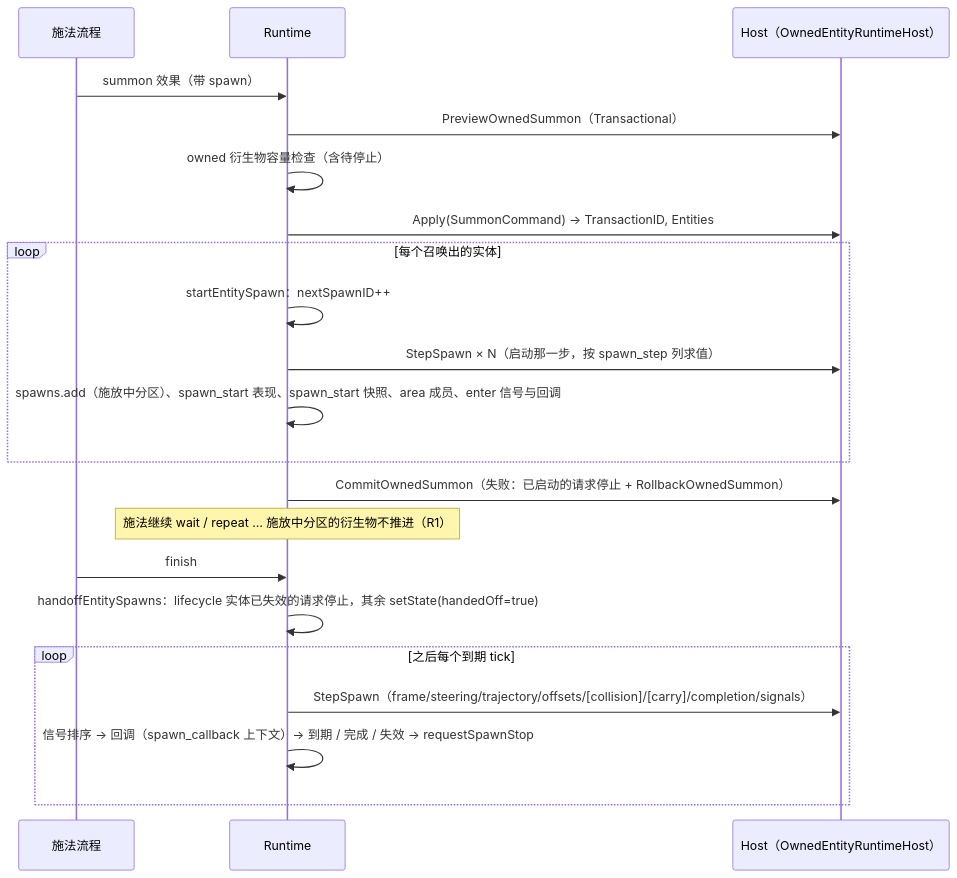
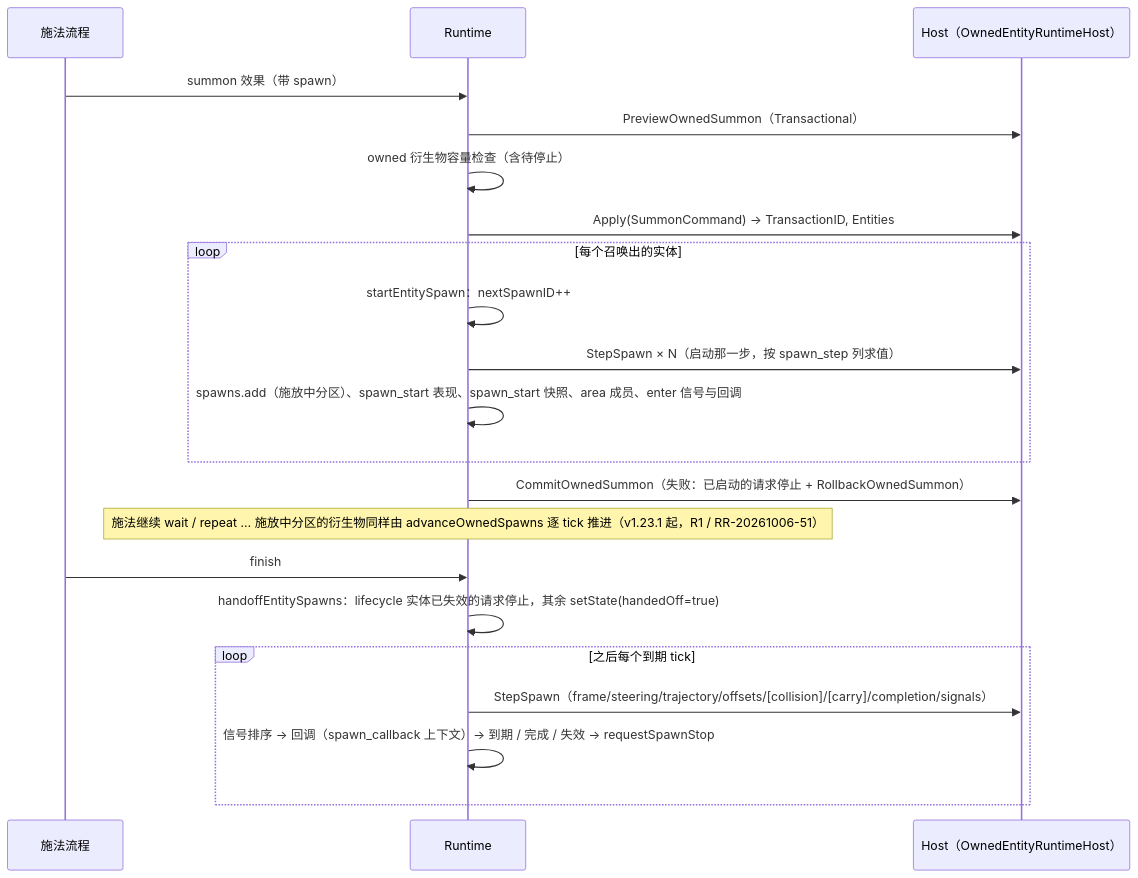
The fifth of 6 diagrams in docs/framework/impl/08-skill.md (tjbdwanghaibo/roost-core), drawn with Mermaid before and after one commit. The commit also changed other lines of this file and 36 other files, not shown here.

````diff
--- a/docs/framework/impl/08-skill.md
+++ b/docs/framework/impl/08-skill.md
@@ -301,23 +301,23 @@
 ```mermaid
 sequenceDiagram
   participant Cast as 施法流程
   participant R as Runtime
   participant H as Host（OwnedEntityRuntimeHost）
   Cast->>R: summon 效果（带 spawn）
   R->>H: PreviewOwnedSummon（Transactional）
   R->>R: owned 衍生物容量检查（含待停止）
   R->>H: Apply(SummonCommand) → TransactionID, Entities
   loop 每个召唤出的实体
     R->>R: startEntitySpawn：nextSpawnID++
     R->>H: StepSpawn × N（启动那一步，按 spawn_step 列求值）
     R->>R: spawns.add（施放中分区）、spawn_start 表现、spawn_start 快照、area 成员、enter 信号与回调
   end
   R->>H: CommitOwnedSummon（失败：已启动的请求停止 + RollbackOwnedSummon）
-  Note over R: 施法继续 wait / repeat … 施放中分区的衍生物不推进（R1）
+  Note over R: 施法继续 wait / repeat … 施放中分区的衍生物同样由 advanceOwnedSpawns 逐 tick 推进（v1.23.1 起，R1 / RR-20261006-51）
   Cast->>R: finish
   R->>R: handoffEntitySpawns：lifecycle 实体已失效的请求停止，其余 setState(handedOff=true)
   loop 之后每个到期 tick
     R->>H: StepSpawn（frame/steering/trajectory/offsets/[collision]/[carry]/completion/signals）
     R->>R: 信号排序 → 回调（spawn_callback 上下文）→ 到期 / 完成 / 失效 → requestSpawnStop
   end
 ```
````
